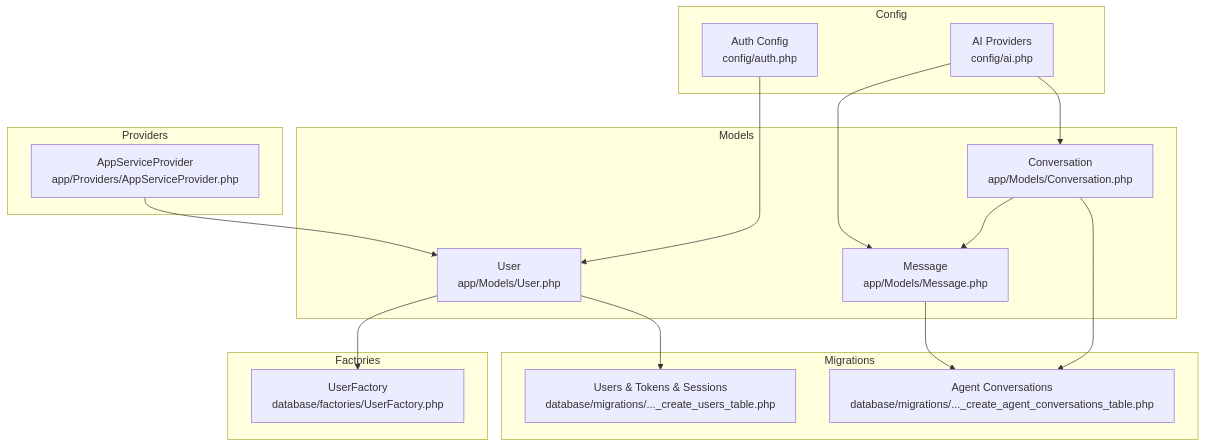
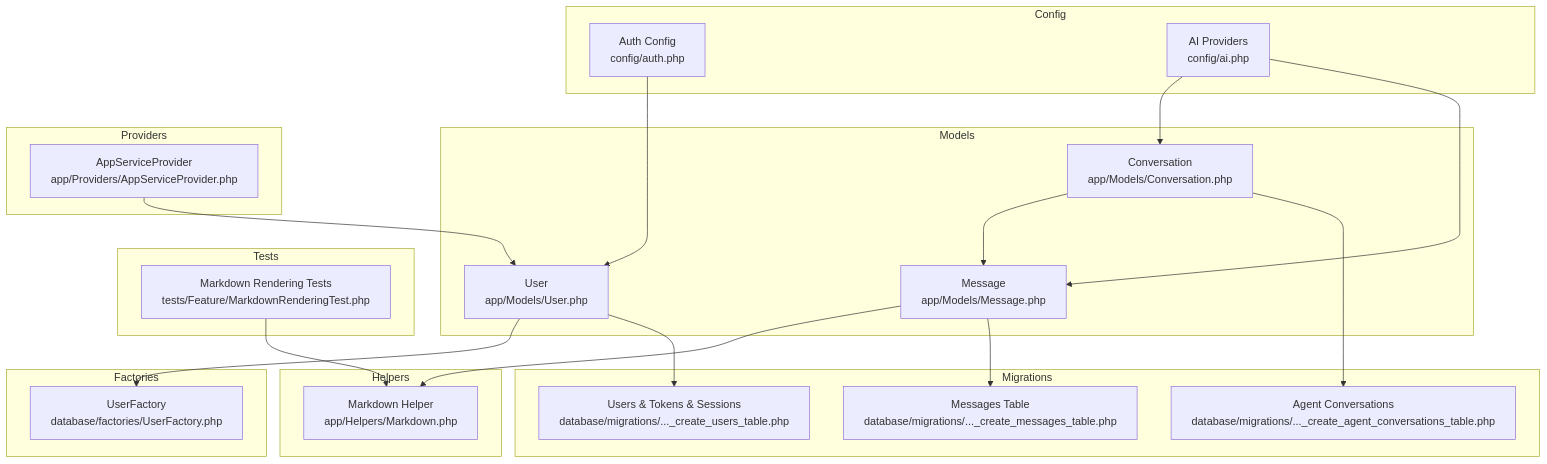
The first of 6 diagrams in .qoder/repowiki/en/content/Laravel Application Components/Models.md (siimliimand/laravel-assistant), drawn with Mermaid before and after one commit. The commit also changed other lines of this file and 4 other files, not shown here.

````diff
--- a/.qoder/repowiki/en/content/Laravel Application Components/Models.md
+++ b/.qoder/repowiki/en/content/Laravel Application Components/Models.md
@@ -38,31 +52,40 @@
 ```mermaid
 graph TB
 subgraph "Models"
 U["User<br/>app/Models/User.php"]
 C["Conversation<br/>app/Models/Conversation.php"]
 M["Message<br/>app/Models/Message.php"]
 end
+subgraph "Helpers"
+MH["Markdown Helper<br/>app/Helpers/Markdown.php"]
+end
 subgraph "Factories"
 UF["UserFactory<br/>database/factories/UserFactory.php"]
 end
 subgraph "Migrations"
 MU["Users & Tokens & Sessions<br/>database/migrations/..._create_users_table.php"]
 MAC["Agent Conversations<br/>database/migrations/..._create_agent_conversations_table.php"]
+MM["Messages Table<br/>database/migrations/..._create_messages_table.php"]
 end
 subgraph "Config"
 AU["Auth Config<br/>config/auth.php"]
 AI["AI Providers<br/>config/ai.php"]
 end
 subgraph "Providers"
 SP["AppServiceProvider<br/>app/Providers/AppServiceProvider.php"]
 end
+subgraph "Tests"
+MT["Markdown Rendering Tests<br/>tests/Feature/MarkdownRenderingTest.php"]
+end
 U --> UF
 C --> M
+M --> MH
 U --> MU
 C --> MAC
-M --> MAC
+M --> MM
 AU --> U
 AI --> C
 AI --> M
 SP --> U
+MT --> MH
 ```
````
